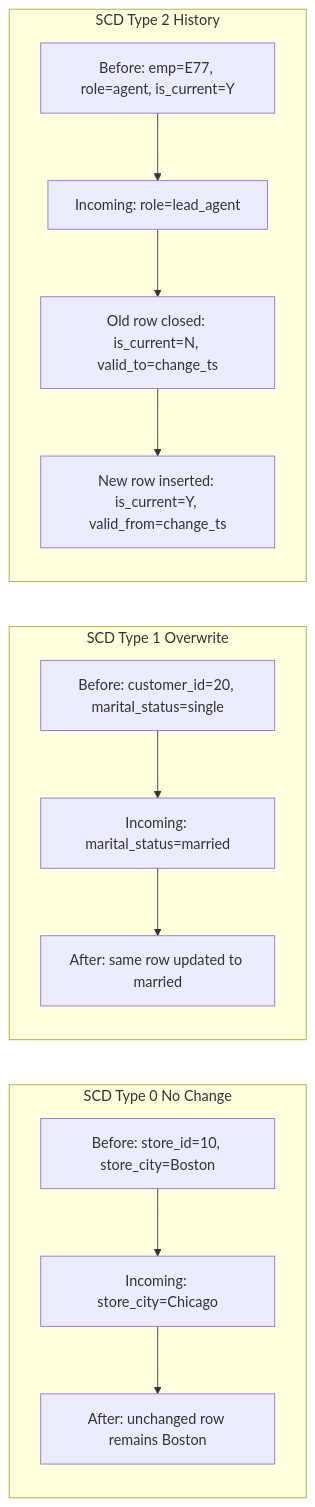
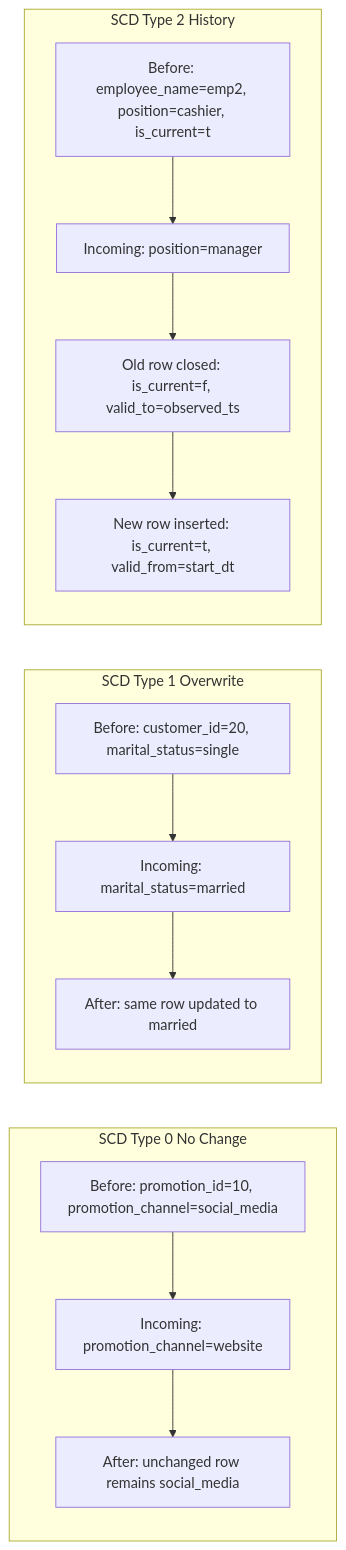
Before and after one commit to sumikara/retail-datawarehouse-e2e: diagram 11 of 12 in architectural-design-pngs.md, drawn with Mermaid. The commit also changed other lines of this file, not shown here.

````diff
--- a/architectural-design-pngs.md
+++ b/architectural-design-pngs.md
@@ -380,24 +380,24 @@
 ```mermaid
 flowchart LR
     subgraph S0[SCD Type 0 No Change]
-      A1[Before: store_id=10, store_city=Boston]
-      A2[Incoming: store_city=Chicago]
-      A3[After: unchanged row remains Boston]
+      A1[Before: promotion_id=10, promotion_channel=social_media]
+      A2[Incoming: promotion_channel=website]
+      A3[After: unchanged row remains social_media]
       A1 --> A2 --> A3
     end
 
     subgraph S1[SCD Type 1 Overwrite]
       B1[Before: customer_id=20, marital_status=single]
       B2[Incoming: marital_status=married]
       B3[After: same row updated to married]
       B1 --> B2 --> B3
     end
 
     subgraph S2[SCD Type 2 History]
-      C1[Before: emp=E77, role=agent, is_current=Y]
-      C2[Incoming: role=lead_agent]
-      C3[Old row closed: is_current=N, valid_to=change_ts]
-      C4[New row inserted: is_current=Y, valid_from=change_ts]
+      C1[Before: employee_name=emp2, position=cashier, is_current=t]
+      C2[Incoming: position=manager]
+      C3[Old row closed: is_current=f, valid_to=observed_ts]
+      C4[New row inserted: is_current=t, valid_from=start_dt]
       C1 --> C2 --> C3 --> C4
     end
 ```
````
